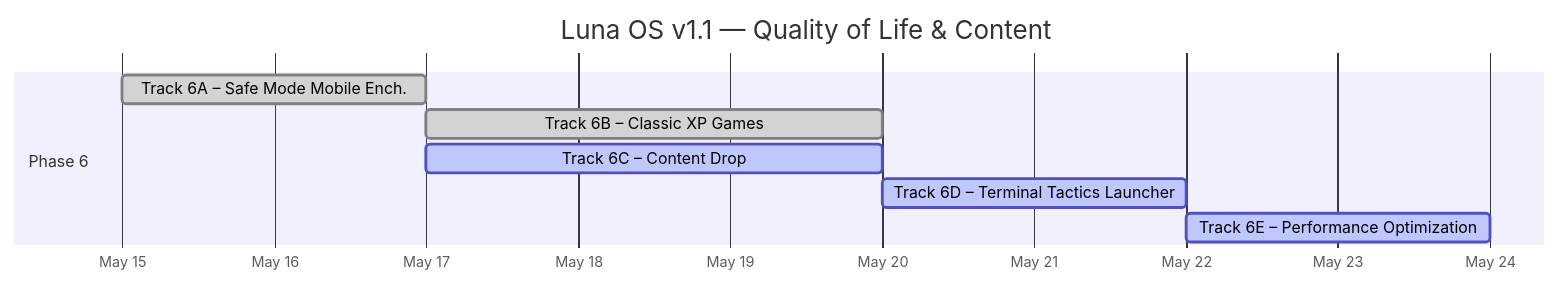
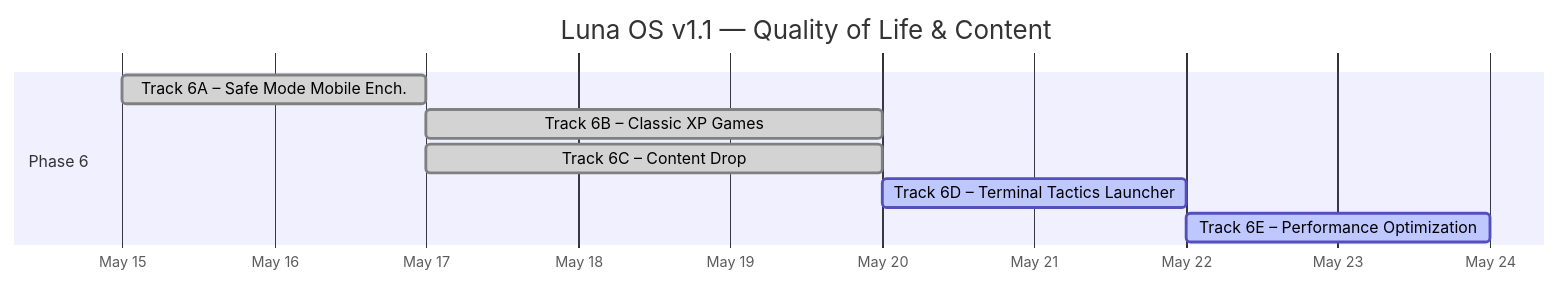
Before and after one commit to mansyar/portfolio-v3: the first of 2 diagrams in docs/ROADMAP_v1.1.md, drawn with Mermaid. The commit also changed other lines of this file and 5 other files, not shown here.

Commit message:
docs(conductor): Update ROADMAP and TDD for Content Drop track completion

````diff
--- a/docs/ROADMAP_v1.1.md
+++ b/docs/ROADMAP_v1.1.md
@@ -11,13 +11,13 @@
 ```mermaid
 gantt
     title Luna OS v1.1 — Quality of Life & Content
     dateFormat  YYYY-MM-DD
     axisFormat  %b %d
 
     section Phase 6
     Track 6A – Safe Mode Mobile Ench.   :done, p6a, 2026-05-15, 2d
     Track 6B – Classic XP Games          :done, p6b, after p6a, 3d
-    Track 6C – Content Drop              :active, p6c, after p6a, 3d
+    Track 6C – Content Drop              :done, p6c, after p6a, 3d
     Track 6D – Terminal Tactics Launcher :active, p6d, after p6c, 2d
     Track 6E – Performance Optimization  :active, p6e, after p6d, 2d
 ```
````
